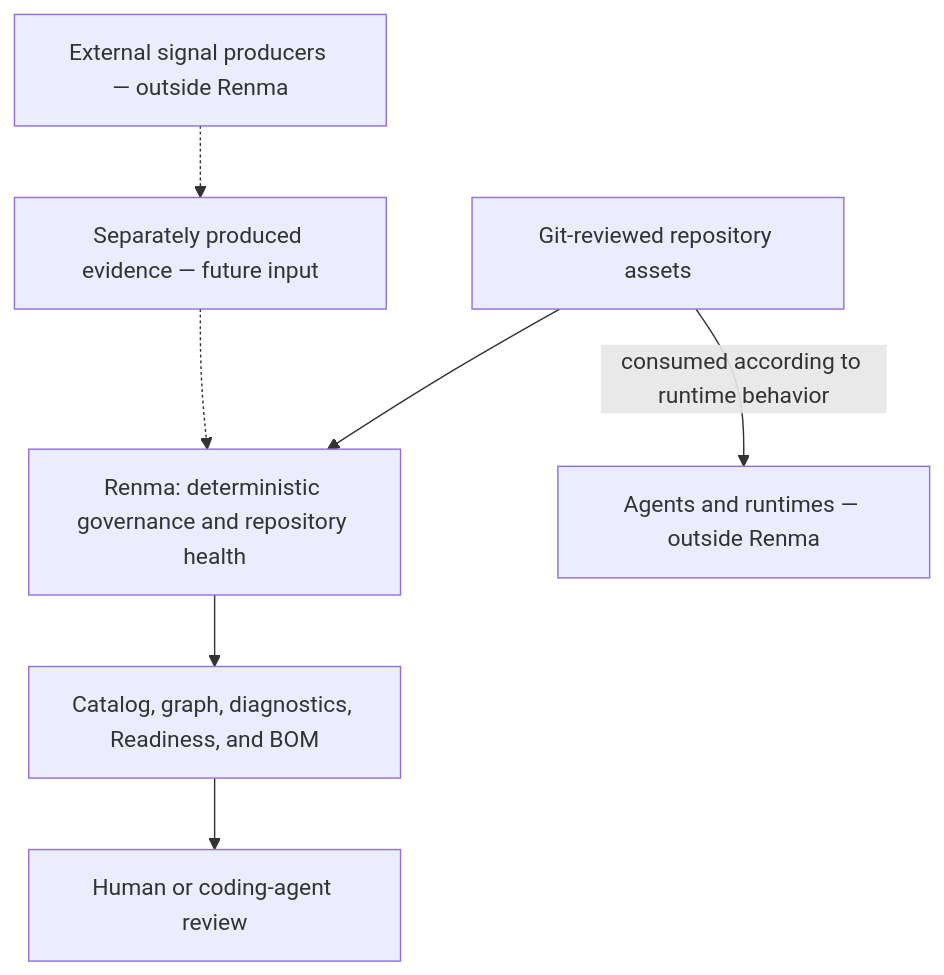
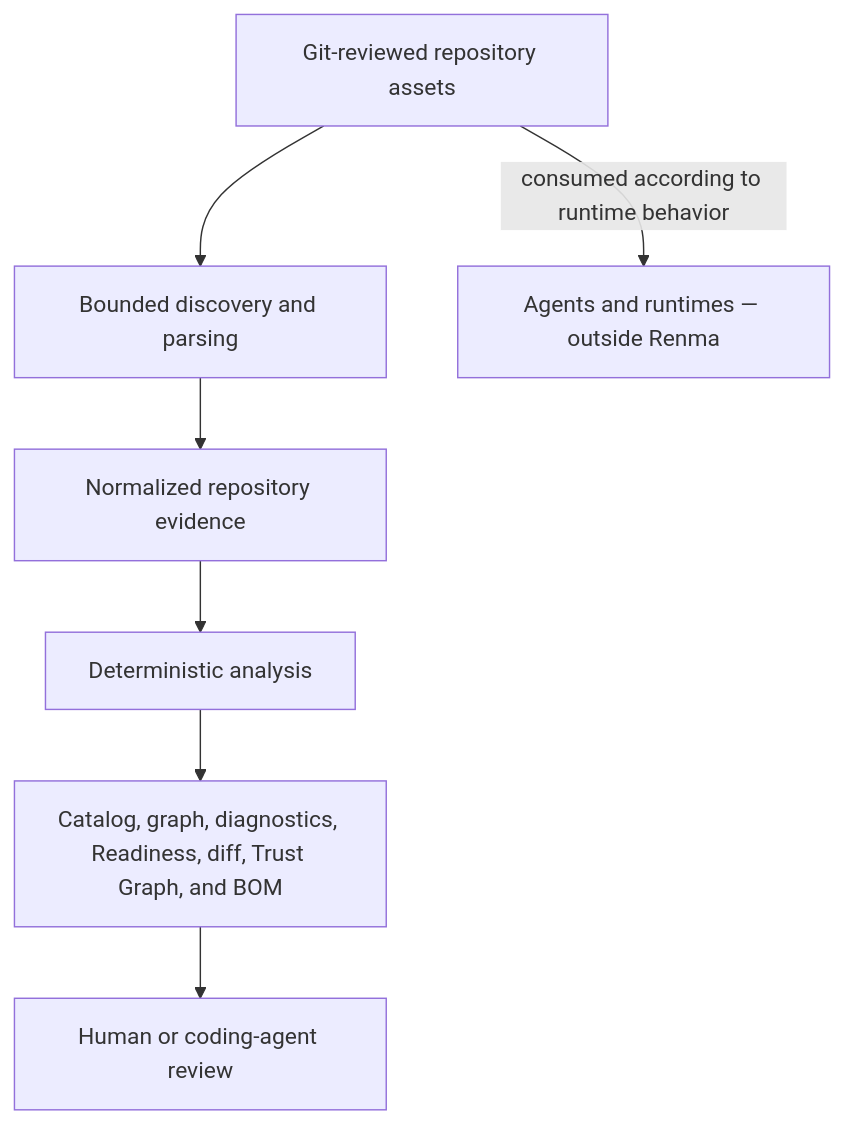
Before and after one commit to KazuCocoa/renma: the diagram in architecture.md, drawn with Mermaid. The commit also changed other lines of this file and 43 other files, not shown here.

````diff
--- a/architecture.md
+++ b/architecture.md
@@ -17,16 +9,12 @@
 ```mermaid
 flowchart TD
   Repository["Git-reviewed repository assets"]
-  Renma["Renma: deterministic governance and repository health"]
-  Reports["Catalog, graph, diagnostics, Readiness, and BOM"]
+  Collection["Bounded discovery and parsing"]
+  Model["Normalized repository evidence"]
+  Analysis["Deterministic analysis"]
+  Reports["Catalog, graph, diagnostics, Readiness, diff, Trust Graph, and BOM"]
   Review["Human or coding-agent review"]
-  Runtimes["Agents and runtimes — outside Renma"]
-  Producers["External signal producers — outside Renma"]
-  Evidence["Separately produced evidence — future input"]
-  Repository --> Renma
-  Renma --> Reports
-  Reports --> Review
-  Repository -->|consumed according to runtime behavior| Runtimes
-  Producers -.-> Evidence
-  Evidence -.-> Renma
+  Runtime["Agents and runtimes — outside Renma"]
+  Repository --> Collection --> Model --> Analysis --> Reports --> Review
+  Repository -->|consumed according to runtime behavior| Runtime
 ```
````
